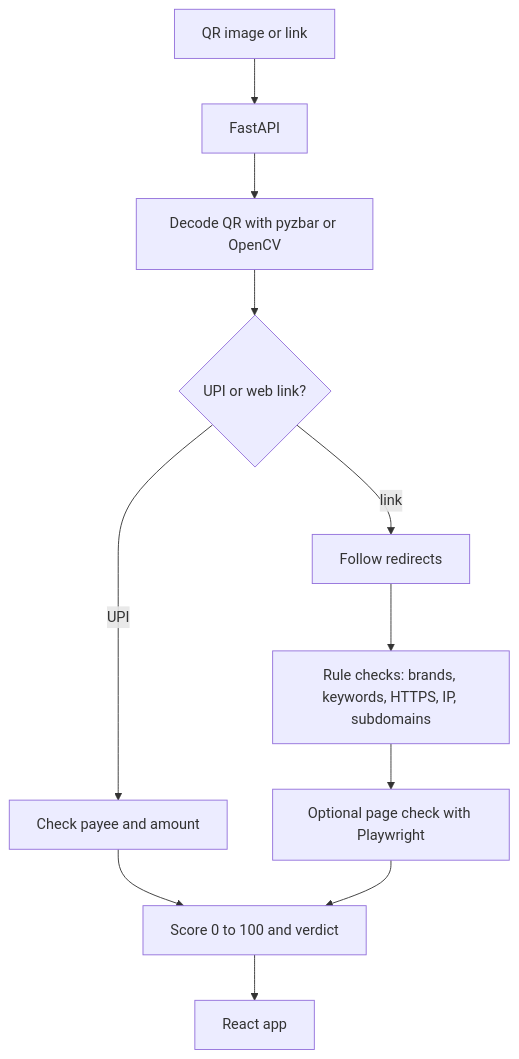
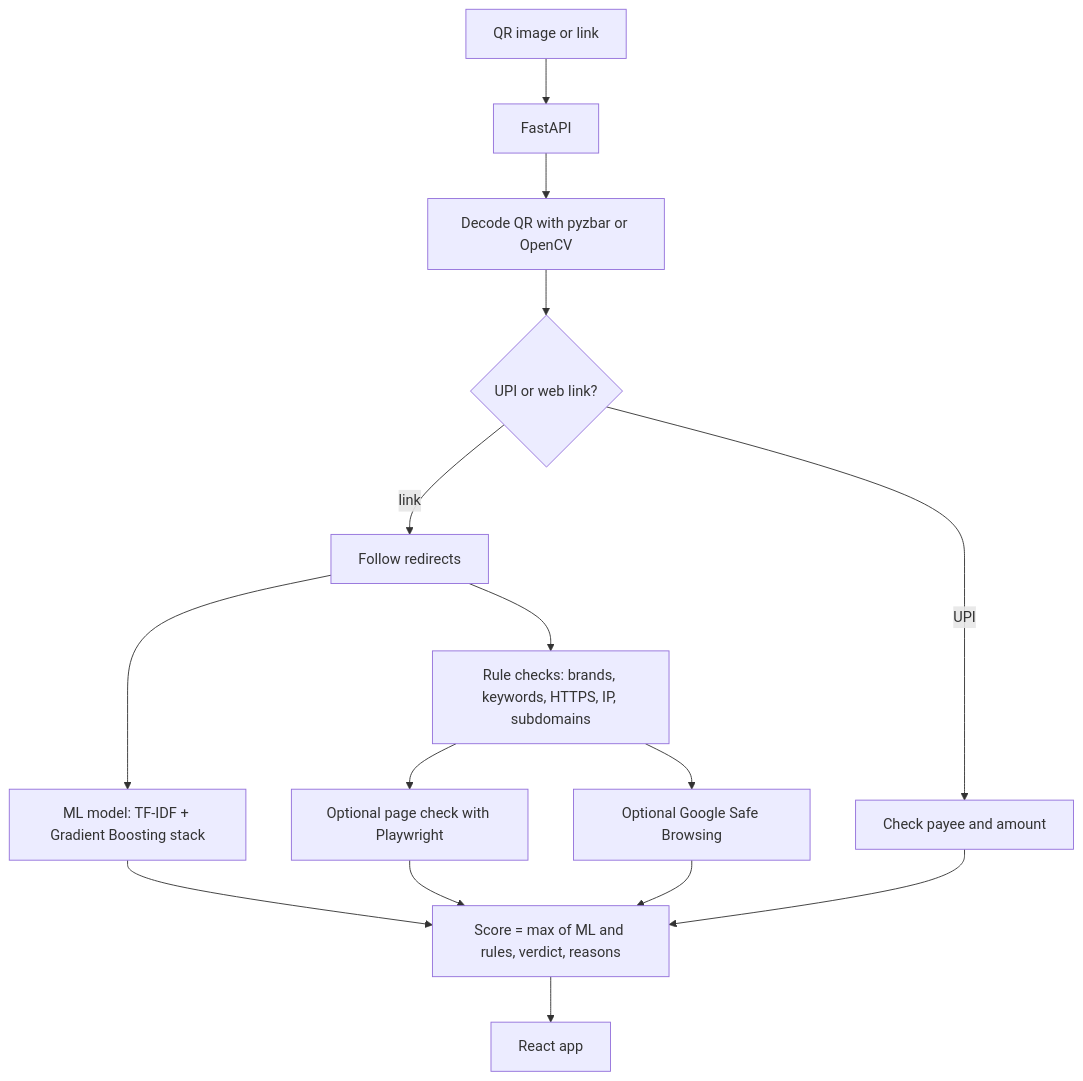
Before and after one commit to Iamshi-vissa/D-Wall: the second of 2 diagrams in README.md, drawn with Mermaid. The commit also changed other lines of this file and 25 other files, not shown here.

````diff
--- a/README.md
+++ b/README.md
@@ -34,13 +111,17 @@
 ```mermaid
 flowchart TB
     IN[QR image or link] --> API[FastAPI]
     API --> D[Decode QR with pyzbar or OpenCV]
     D --> T{UPI or web link?}
     T -- UPI --> U[Check payee and amount]
     T -- link --> R[Follow redirects]
+    R --> ML[ML model: TF-IDF + Gradient Boosting stack]
     R --> C[Rule checks: brands, keywords, HTTPS, IP, subdomains]
     C --> PW[Optional page check with Playwright]
-    U --> S[Score 0 to 100 and verdict]
+    C --> GSB[Optional Google Safe Browsing]
+    ML --> S[Score = max of ML and rules, verdict, reasons]
     PW --> S
+    GSB --> S
+    U --> S
     S --> APP[React app]
 ```
````
